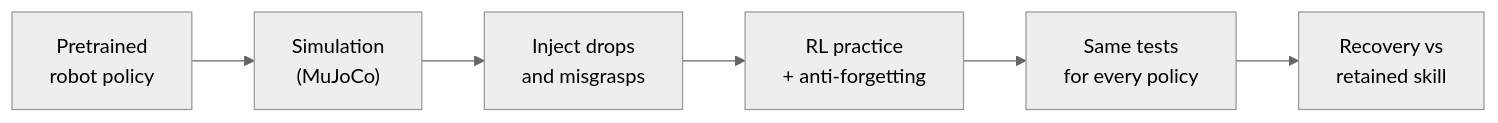
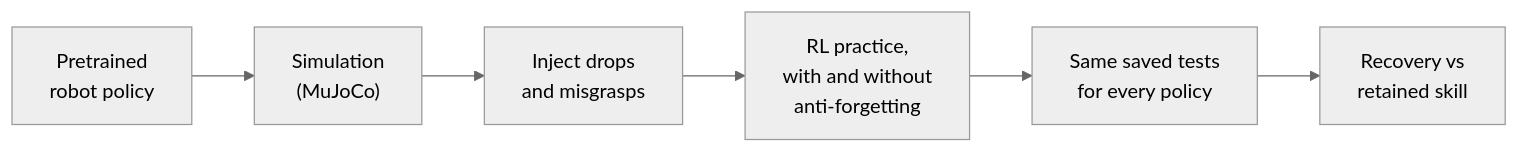
The eighth of 8 diagrams in docs/architecture.md (hongbinyang/afterslip), drawn with Mermaid (neutral theme) before and after one commit. The commit also changed other lines of this file, not shown here.

First line of the commit message:
Revise architecture overview after review

````diff
--- a/docs/architecture.md
+++ b/docs/architecture.md
@@ -222,8 +235,8 @@
 ```mermaid
 flowchart LR
     P["Pretrained<br/>robot policy"] --> S["Simulation<br/>(MuJoCo)"]
     S --> D["Inject drops<br/>and misgrasps"]
-    D --> R["RL practice<br/>+ anti-forgetting"]
-    R --> E["Same tests<br/>for every policy"]
+    D --> R["RL practice,<br/>with and without<br/>anti-forgetting"]
+    R --> E["Same saved tests<br/>for every policy"]
     E --> V["Recovery vs<br/>retained skill"]
 ```
````
